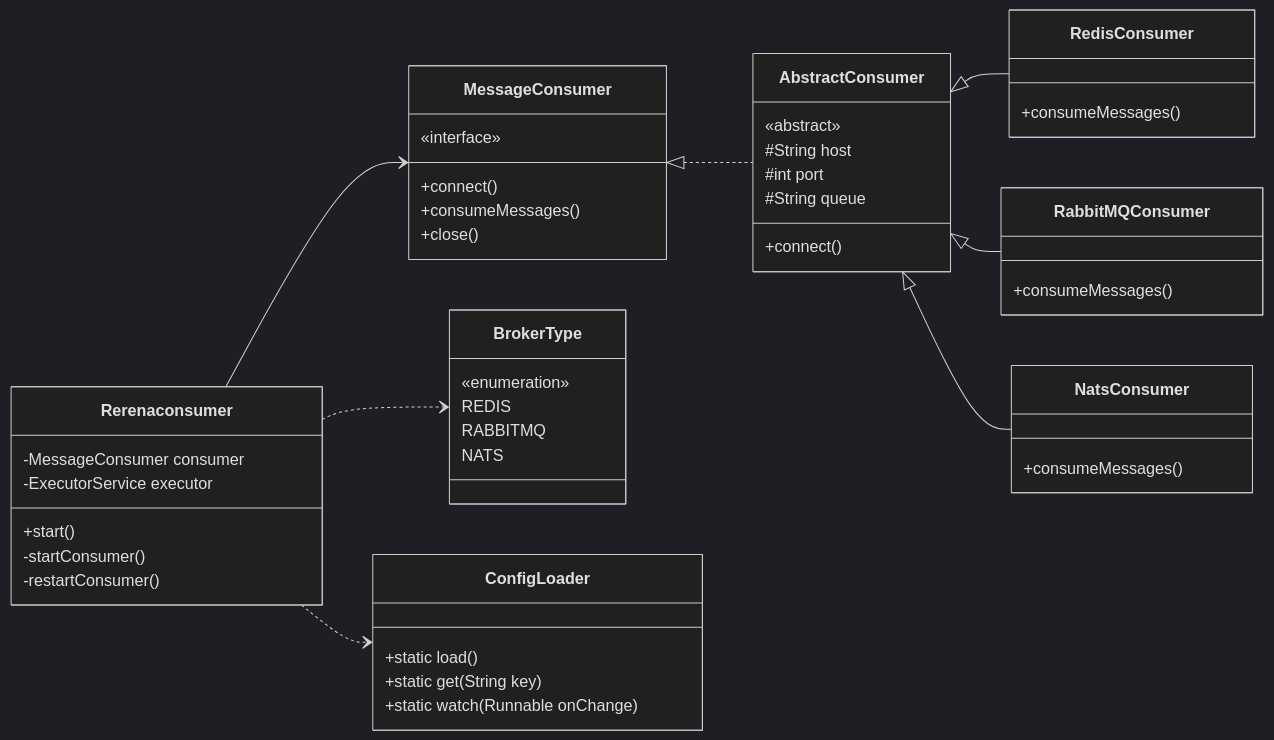
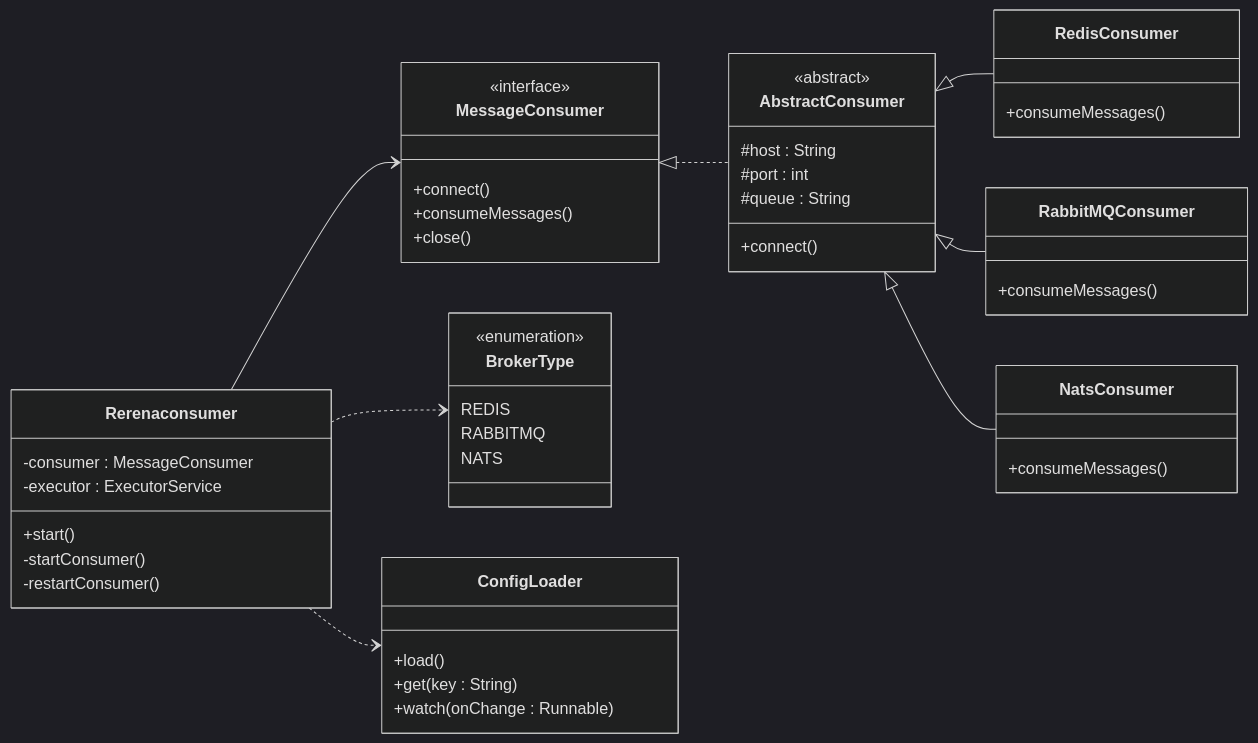
Before and after one commit to kxoals12/kxoals12.github.com: the first of 2 diagrams in _posts/2025-12-13-rerena-consumer.md, drawn with Mermaid (dark theme). The commit also changed other lines of this file, not shown here.

```diff
--- a/_posts/2025-12-13-rerena-consumer.md
+++ b/_posts/2025-12-13-rerena-consumer.md
@@ -42,65 +42,61 @@
 <div class="mermaid">
 classDiagram
     direction LR
 
-    %% Core Abstraction
     class MessageConsumer {
-        «interface»
+        <<interface>>
         +connect()
         +consumeMessages()
         +close()
     }
 
     class AbstractConsumer {
-        «abstract»
-        #String host
-        #int port
-        #String queue
+        <<abstract>>
+        #host : String
+        #port : int
+        #queue : String
         +connect()
     }
 
     class BrokerType {
-        «enumeration»
+        <<enumeration>>
         REDIS
         RABBITMQ
         NATS
     }
 
-    %% Implementations
     class RedisConsumer {
         +consumeMessages()
     }
 
     class RabbitMQConsumer {
         +consumeMessages()
     }
 
     class NatsConsumer {
         +consumeMessages()
     }
 
-    %% Config
     class ConfigLoader {
-        +static load()
-        +static get(String key)
-        +static watch(Runnable onChange)
+        +load()
+        +get(key : String)
+        +watch(onChange : Runnable)
     }
 
-    %% Service
     class Rerenaconsumer {
-        -MessageConsumer consumer
-        -ExecutorService executor
+        -consumer : MessageConsumer
+        -executor : ExecutorService
         +start()
         -startConsumer()
         -restartConsumer()
     }
 
     MessageConsumer <|.. AbstractConsumer
     AbstractConsumer <|-- RedisConsumer
     AbstractConsumer <|-- RabbitMQConsumer
     AbstractConsumer <|-- NatsConsumer
 
     Rerenaconsumer --> MessageConsumer
     Rerenaconsumer ..> ConfigLoader
     Rerenaconsumer ..> BrokerType
 </div>
```
